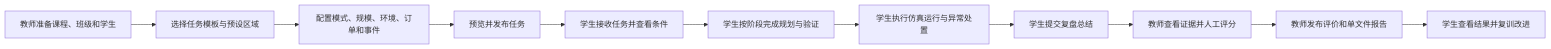
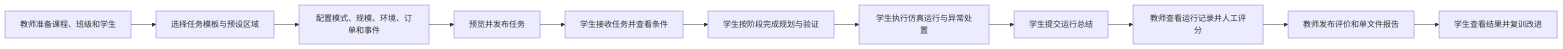
One commit to vidon3660/GJ-wurenji changed the diagram in docs/低空无人集群教学仿真软件-完整操作手册.md. Above: the diagram before and after it, drawn with Mermaid. The commit also changed other lines of this file and 57 other files, not shown here.

````diff
--- a/docs/低空无人集群教学仿真软件-完整操作手册.md
+++ b/docs/低空无人集群教学仿真软件-完整操作手册.md
@@ -55,13 +55,13 @@
 ```mermaid
 flowchart LR
     A["教师准备课程、班级和学生"] --> B["选择任务模板与预设区域"]
     B --> C["配置模式、规模、环境、订单和事件"]
     C --> D["预览并发布任务"]
     D --> E["学生接收任务并查看条件"]
     E --> F["学生按阶段完成规划与验证"]
     F --> G["学生执行仿真运行与异常处置"]
-    G --> H["学生提交复盘总结"]
-    H --> I["教师查看证据并人工评分"]
+    G --> H["学生提交运行总结"]
+    H --> I["教师查看运行记录并人工评分"]
     I --> J["教师发布评价和单文件报告"]
     J --> K["学生查看结果并复训改进"]
 ```
````
